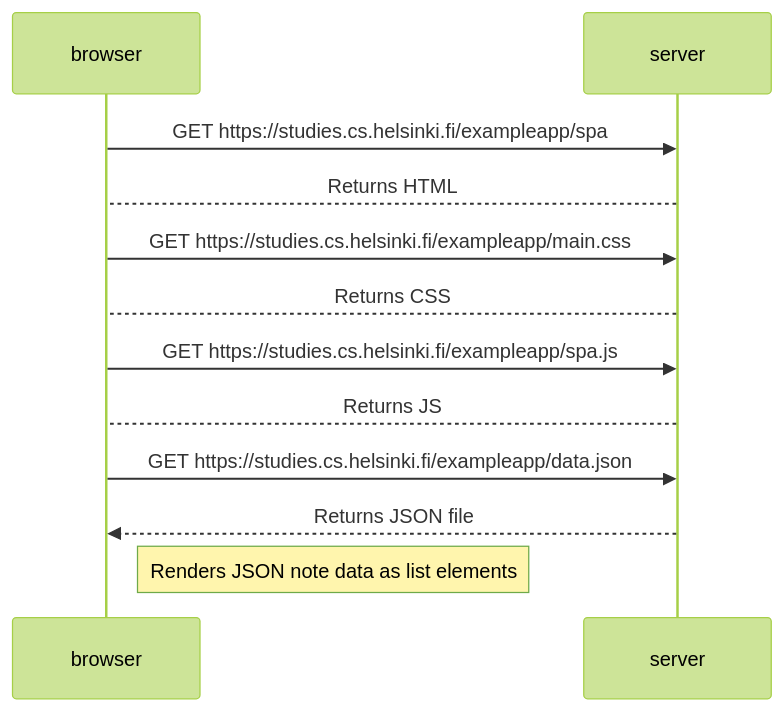
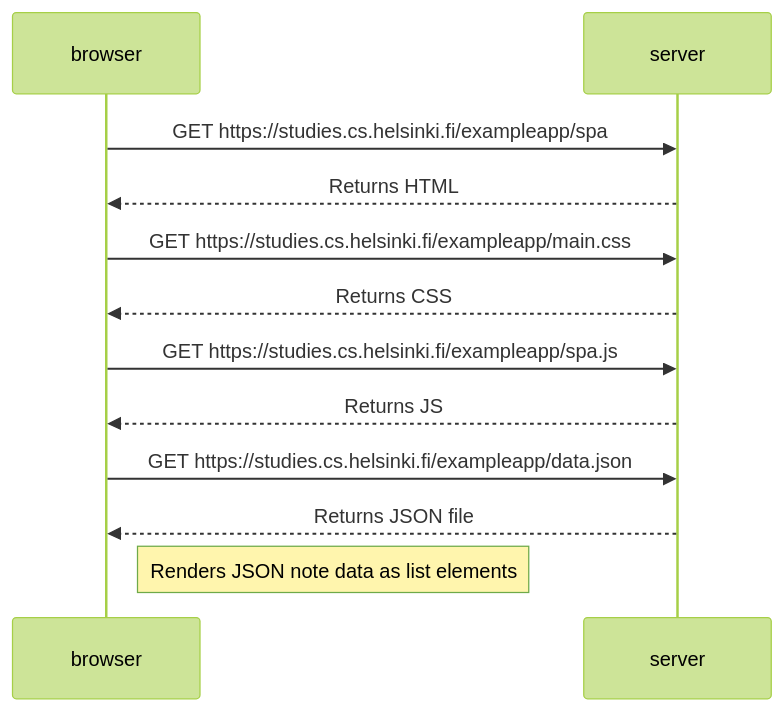
One commit to derekluciani/fullstackopen changed the diagram in part0/exercise-0.5.md. Above: the diagram before and after it, drawn with Mermaid (forest theme). The commit also changed 1 other file, not shown here.

Commit message:
modified exercise 0.5 and 0.6

````diff
--- a/part0/exercise-0.5.md
+++ b/part0/exercise-0.5.md
@@ -1,15 +1,15 @@
 ```mermaid
 sequenceDiagram
     participant browser
     participant server
 
     browser->>server: GET https://studies.cs.helsinki.fi/exampleapp/spa
-    server-->browser: Returns HTML
+    server-->>browser: Returns HTML
     browser->>server: GET https://studies.cs.helsinki.fi/exampleapp/main.css
-    server-->browser: Returns CSS
+    server-->>browser: Returns CSS
     browser->>server: GET https://studies.cs.helsinki.fi/exampleapp/spa.js
-    server-->browser: Returns JS
+    server-->>browser: Returns JS
     browser->>server: GET https://studies.cs.helsinki.fi/exampleapp/data.json
     server-->>browser: Returns JSON file
     note right of browser: Renders JSON note data as list elements
 ```
````
